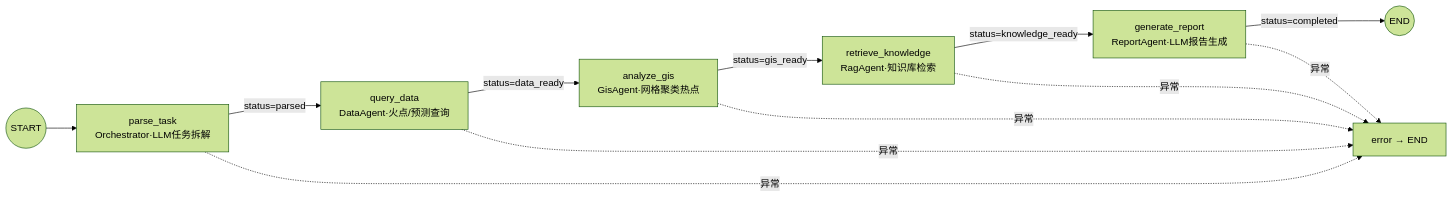
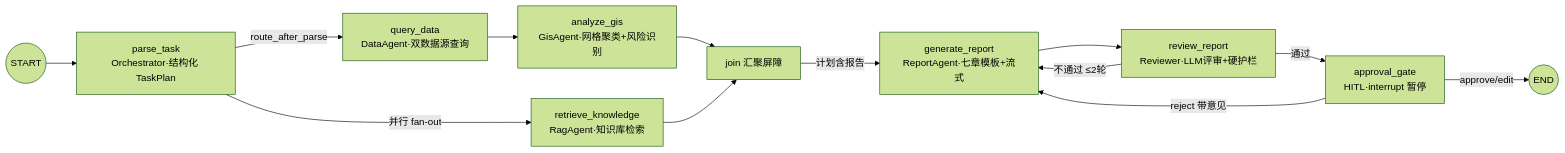
The eighth of 16 diagrams in README.md (wjl-cong/fire_agent), drawn with Mermaid (forest theme) before and after one commit. The commit also changed other lines of this file and 422 other files, not shown here.

````diff
--- a/README.md
+++ b/README.md
@@ -709,10 +716,15 @@
 ```mermaid
 flowchart LR
-    START((START)) --> A[parse_task<br/>Orchestrator·LLM任务拆解]
-    A -->|status=parsed| B[query_data<br/>DataAgent·火点/预测查询]
-    B -->|status=data_ready| C[analyze_gis<br/>GisAgent·网格聚类热点]
-    C -->|status=gis_ready| D[retrieve_knowledge<br/>RagAgent·知识库检索]
-    D -->|status=knowledge_ready| E[generate_report<br/>ReportAgent·LLM报告生成]
-    E -->|status=completed| END((END))
-    A & B & C & D & E -.异常.-> X[error → END]
+    START((START)) --> A[parse_task<br/>Orchestrator·结构化 TaskPlan]
+    A -->|route_after_parse| B[query_data<br/>DataAgent·双数据源查询]
+    A -->|并行 fan-out| D[retrieve_knowledge<br/>RagAgent·知识库检索]
+    B --> C[analyze_gis<br/>GisAgent·网格聚类+风险识别]
+    C --> J[join 汇聚屏障]
+    D --> J
+    J -->|计划含报告| E[generate_report<br/>ReportAgent·七章模板+流式]
+    E --> R[review_report<br/>Reviewer·LLM评审+硬护栏]
+    R -->|不通过 ≤2轮| E
+    R -->|通过| G[approval_gate<br/>HITL·interrupt 暂停]
+    G -->|approve/edit| END((END))
+    G -->|reject 带意见| E
 ```
````
